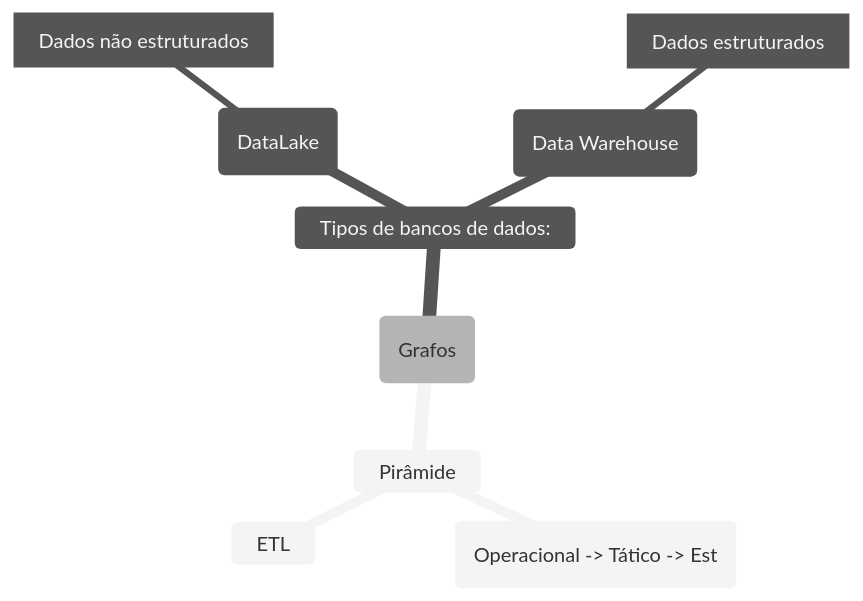
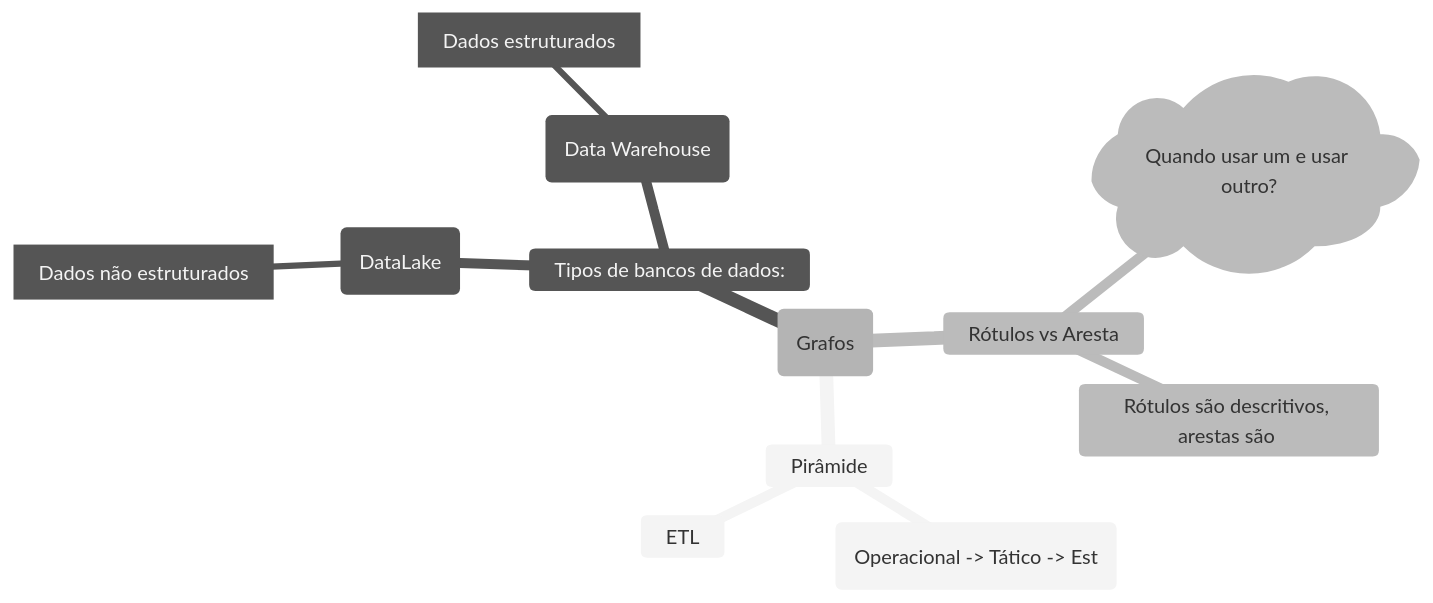
One commit to Igorino/joplin-notes changed the diagram in Mestrado/Segundo Semestre/SIN5033 - Grafos de conhecimento e Ontologias/Anotações/De Aulas/Aula do dia 2026 04 08.md. Above: the diagram before and after it, drawn with Mermaid (neutral theme).

Commit message:
Exported on 2026-04-08_15-07-51

````diff
--- a/Mestrado/Segundo Semestre/SIN5033 - Grafos de conhecimento e Ontologias/Anotações/De Aulas/Aula do dia 2026 04 08.md
+++ b/Mestrado/Segundo Semestre/SIN5033 - Grafos de conhecimento e Ontologias/Anotações/De Aulas/Aula do dia 2026 04 08.md
@@ -1,15 +1,17 @@
 ```mermaid
 mindmap
 	Root(Grafos)
 		Pirâmide
 			("Operacional -> Tático -> Est")
 			ETL
 
 		Tipos de bancos de dados:		
 			(DataLake)
 				[Dados não estruturados]
 			(Data Warehouse)
 				[Dados estruturados]
 
-		
+		Rótulos vs Aresta
+			)Quando usar um e usar outro?(
+			Rótulos são descritivos, arestas são 
 ```
````
